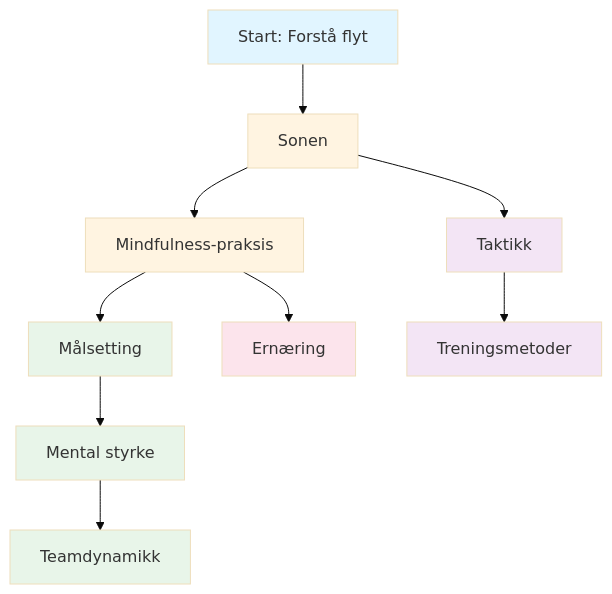
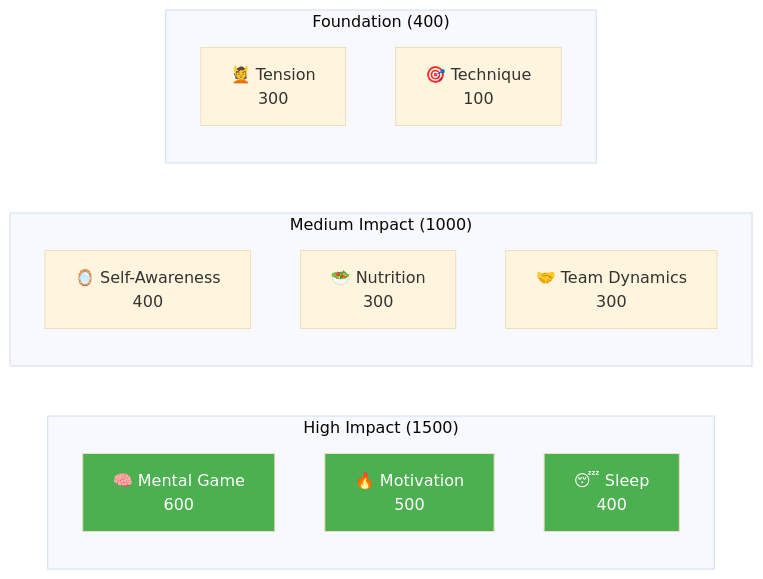
One commit to patwii/petanque-academy changed the diagram in docs/no/education/index.md. Above: the diagram before and after it, drawn with Mermaid (base theme). The commit also changed other lines of this file and 1093 other files, not shown here.

````diff
--- a/docs/no/education/index.md
+++ b/docs/no/education/index.md
@@ -19,23 +34,23 @@
 ```mermaid
-graph TD
-    A[Start: Forstå flyt] --> B[Sonen]
-    B --> C[Mindfulness-praksis]
-    C --> D[Målsetting]
-    D --> E[Mental styrke]
-    E --> F[Teamdynamikk]
+graph LR
+    subgraph "High Impact (1500)"
+        A[🧠 Mental Game<br/>600]
+        B[🔥 Motivation<br/>500]
+        C[😴 Sleep<br/>400]
+    end
 
-    B --> G[Taktikk]
-    G --> H[Treningsmetoder]
+    subgraph "Medium Impact (1000)"
+        D[🪞 Self-Awareness<br/>400]
+        E[🥗 Nutrition<br/>300]
+        F[🤝 Team Dynamics<br/>300]
+    end
 
-    C --> I[Ernæring]
+    subgraph "Foundation (400)"
+        G[💆 Tension<br/>300]
+        H[🎯 Technique<br/>100]
+    end
 
-    style A fill:#e1f5ff
-    style B fill:#fff4e1
-    style C fill:#fff4e1
-    style D fill:#e8f5e9
-    style E fill:#e8f5e9
-    style F fill:#e8f5e9
-    style G fill:#f3e5f5
-    style H fill:#f3e5f5
-    style I fill:#fce4ec
+    style A fill:#4CAF50,color:#fff
+    style B fill:#4CAF50,color:#fff
+    style C fill:#4CAF50,color:#fff
 ```
````
